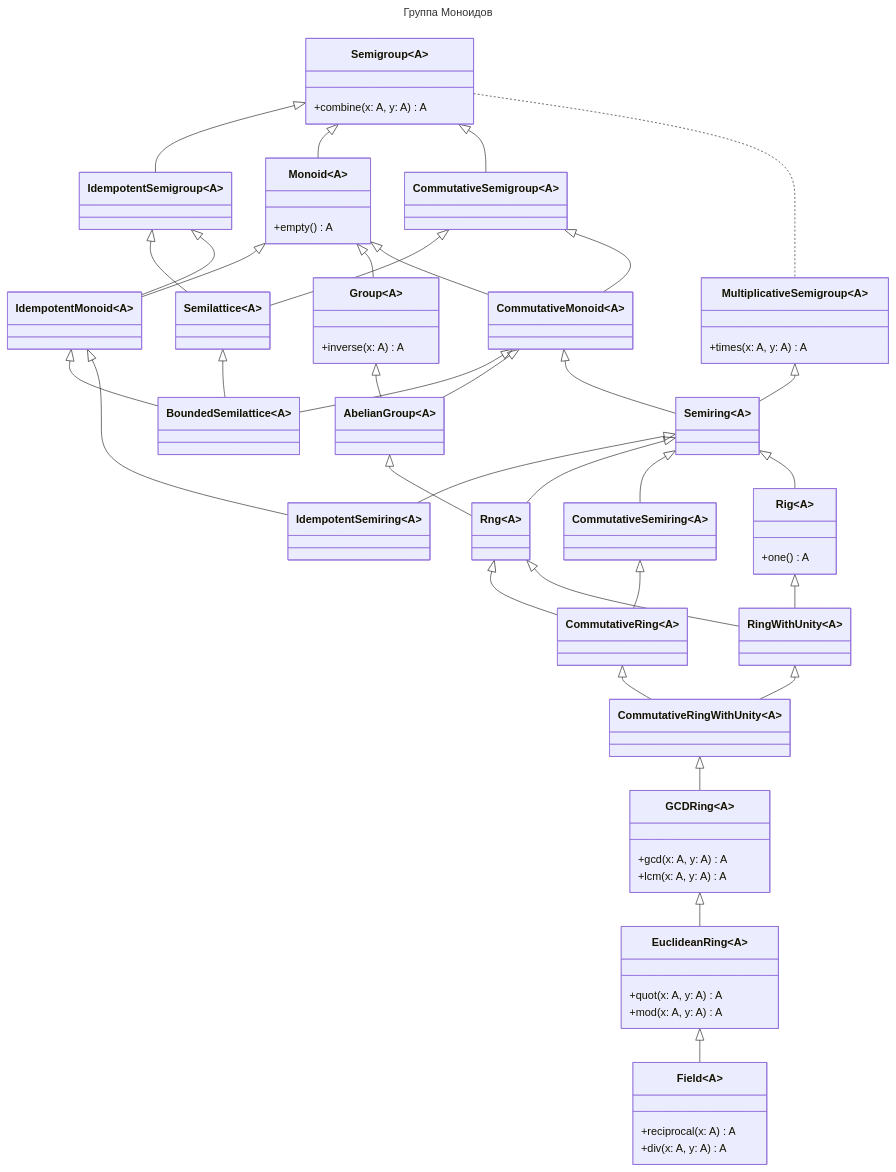
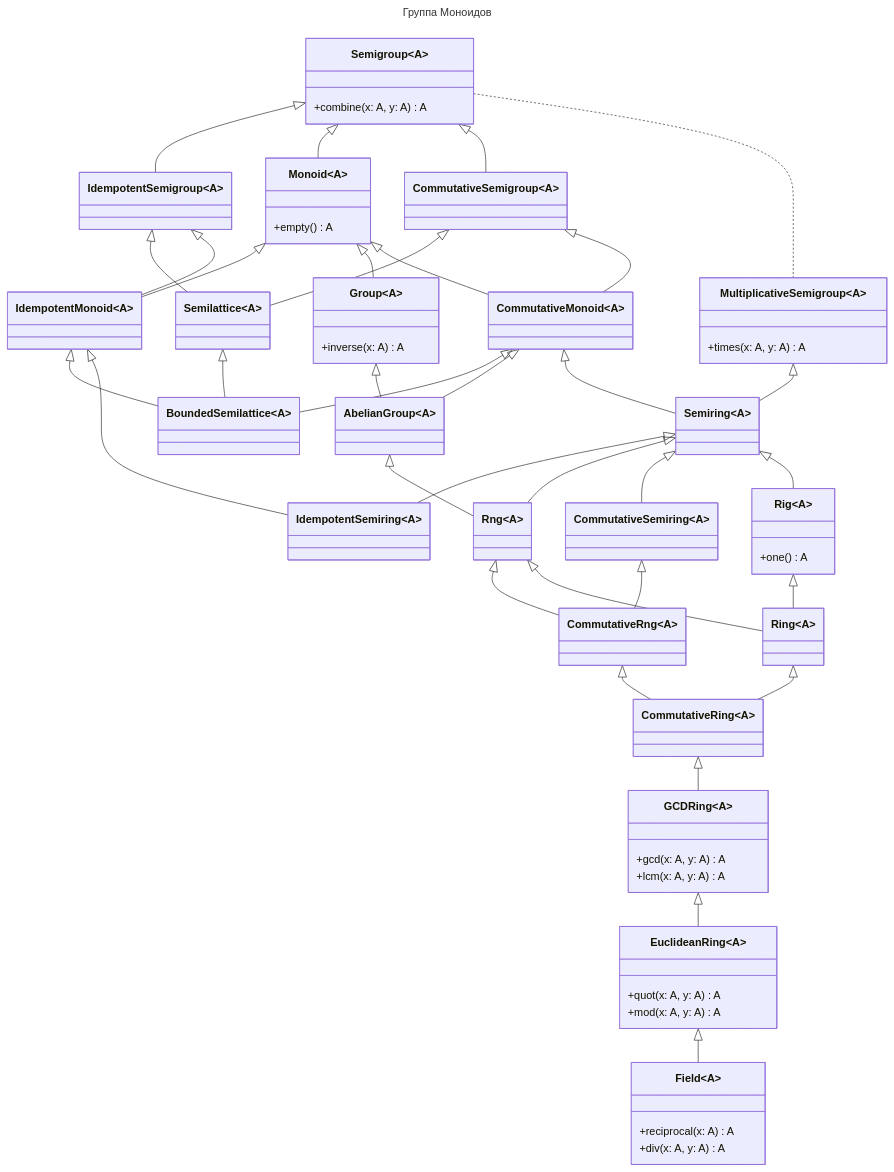
One commit to artemkorsakov/scalabook changed the diagram in docs/typeclass/monoid.md. Above: the diagram before and after it, drawn with Mermaid. The commit also changed 12 other files, not shown here.

````diff
--- a/docs/typeclass/monoid.md
+++ b/docs/typeclass/monoid.md
@@ -96,80 +96,80 @@
 ```mermaid
 ---
 title: Группа Моноидов
 ---
 classDiagram
     class Semigroup~A~{
         +combine(x: A, y: A) A
     }
     class IdempotentSemigroup~A~
     Semigroup <|-- IdempotentSemigroup    
     class Monoid~A~{
         +empty() A
     }
     Semigroup <|-- Monoid
     class CommutativeSemigroup~A~
     Semigroup <|-- CommutativeSemigroup
     class Semilattice~A~
     CommutativeSemigroup <|-- Semilattice
     IdempotentSemigroup <|-- Semilattice
     class IdempotentMonoid~A~
     IdempotentSemigroup <|-- IdempotentMonoid
     Monoid <|-- IdempotentMonoid
     class Group~A~{
       +inverse(x: A) A
     }  
     Monoid <|-- Group 
     class CommutativeMonoid~A~
     Monoid <|-- CommutativeMonoid
     CommutativeSemigroup <|-- CommutativeMonoid
     class BoundedSemilattice~A~
     CommutativeMonoid <|-- BoundedSemilattice
     IdempotentMonoid <|-- BoundedSemilattice
     Semilattice <|-- BoundedSemilattice
     class AbelianGroup~A~
     Group <|-- AbelianGroup
     CommutativeMonoid <|-- AbelianGroup
     class Semiring~A~
     CommutativeMonoid <|-- Semiring
     class MultiplicativeSemigroup~A~{
         +times(x: A, y: A) A
     }
     MultiplicativeSemigroup <|-- Semiring
     Semigroup .. MultiplicativeSemigroup
     class IdempotentSemiring~A~
     IdempotentMonoid <|-- IdempotentSemiring
     Semiring <|-- IdempotentSemiring
     class Rng~A~
     AbelianGroup <|-- Rng
     Semiring <|-- Rng
     class CommutativeSemiring~A~
     Semiring <|-- CommutativeSemiring
     class Rig~A~{
         +one() A
     }
     Semiring <|-- Rig
+    class CommutativeRng~A~
+    Rng <|-- CommutativeRng
+    CommutativeSemiring <|-- CommutativeRng
+    class Ring~A~
+    Rng <|-- Ring
+    Rig <|-- Ring
     class CommutativeRing~A~
-    Rng <|-- CommutativeRing
-    CommutativeSemiring <|-- CommutativeRing
-    class RingWithUnity~A~
-    Rng <|-- RingWithUnity
-    Rig <|-- RingWithUnity
-    class CommutativeRingWithUnity~A~
-    CommutativeRing <|-- CommutativeRingWithUnity
-    RingWithUnity <|-- CommutativeRingWithUnity
+    CommutativeRng <|-- CommutativeRing
+    Ring <|-- CommutativeRing
     class GCDRing~A~{
         +gcd(x: A, y: A) A
         +lcm(x: A, y: A) A
     }
-    CommutativeRingWithUnity <|-- GCDRing
+    CommutativeRing <|-- GCDRing
     class EuclideanRing~A~{
         +quot(x: A, y: A) A
         +mod(x: A, y: A) A
     }
     GCDRing <|-- EuclideanRing
     class Field~A~{
         +reciprocal(x: A) A
         +div(x: A, y: A) A
     }
     EuclideanRing <|-- Field
 ```
````
